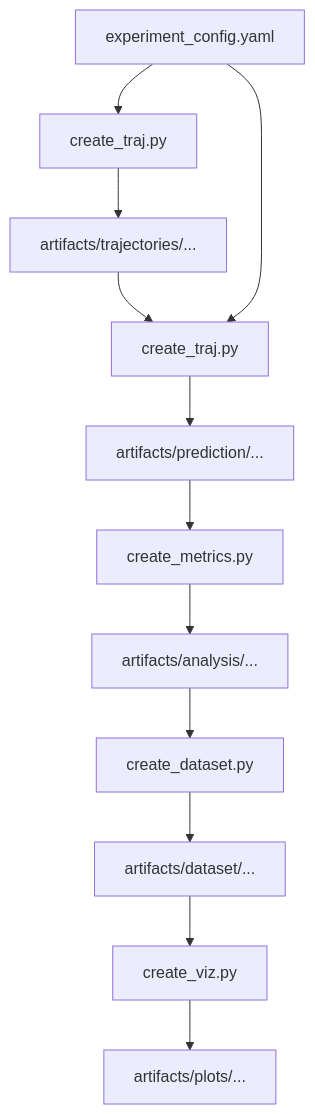
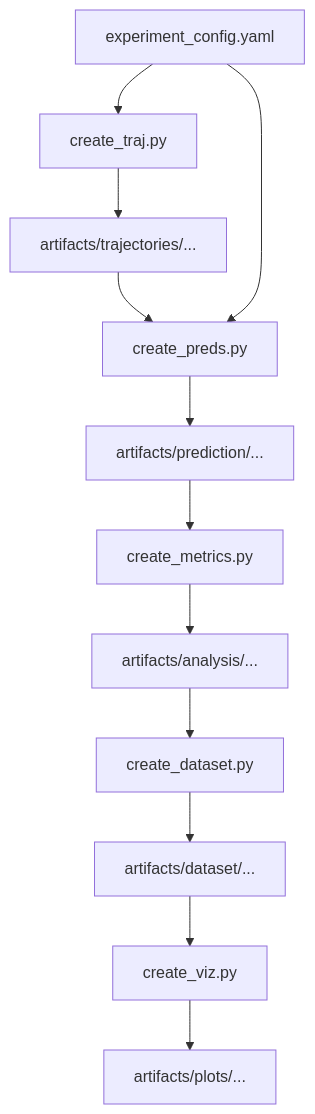
Before and after one commit to MSCA-DN-Digital-Finance/tsfm_causal_analysis: the diagram in src/README.md, drawn with Mermaid. The commit also changed 9 other files, not shown here.

````diff
--- a/src/README.md
+++ b/src/README.md
@@ -9,14 +9,14 @@
 ```mermaid
 graph TD
     exp_conf[experiment_config.yaml] --> create_traj[create_traj.py]
     create_traj --> out_gen[artifacts/trajectories/...]
     out_gen --> create_preds[create_preds_modelname.py]
-    exp_conf --> create_preds[create_traj.py]
+    exp_conf --> create_preds[create_preds.py]
     create_preds --> out_pred[artifacts/prediction/...]
     out_pred --> create_metrics[create_metrics.py]
     create_metrics --> out_metric[artifacts/analysis/...]
     out_metric --> create_dataset[create_dataset.py]
     create_dataset --> out_dataset[artifacts/dataset/...]
     out_dataset --> create_viz[create_viz.py]
     create_viz --> out_viz[artifacts/plots/...]
 ```
````
